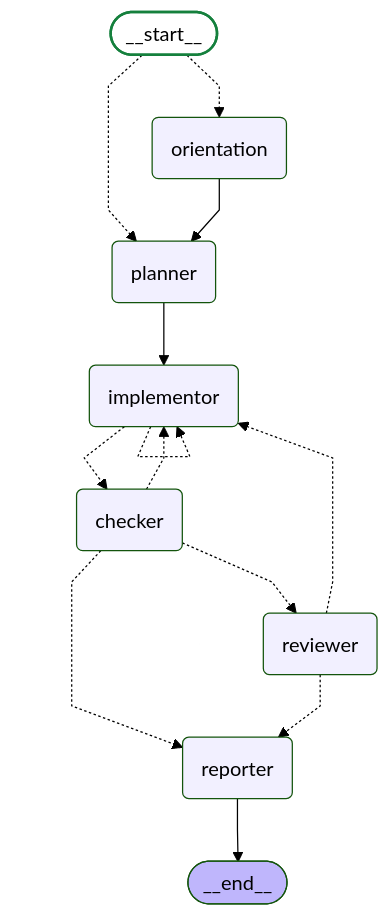
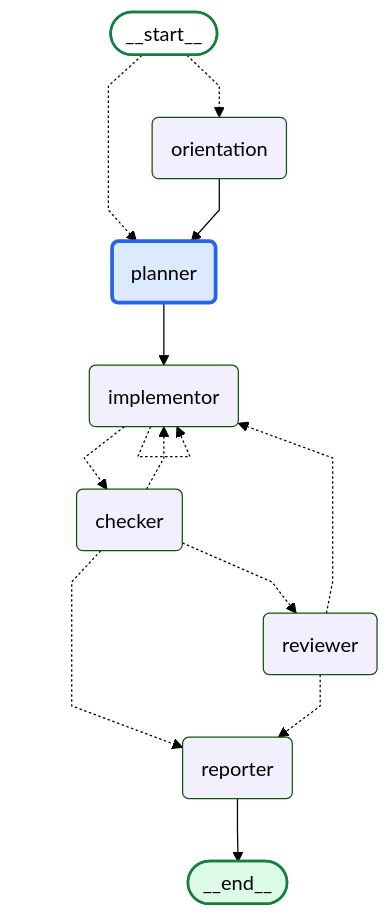
One commit to daniell0gda/hermes-feature-check-dashboard changed the diagram in runs/20260811-100222-4d4f80/graph.mmd. Above: the diagram before and after it, drawn with Mermaid (forest theme). The commit also changed 11 other files, not shown here.

```diff
--- a/runs/20260811-100222-4d4f80/graph.mmd
+++ b/runs/20260811-100222-4d4f80/graph.mmd
@@ -1,34 +1,36 @@
 ---
 config:
   flowchart:
     curve: linear
 ---
 graph TD;
 	__start__([<p>__start__</p>]):::first
 	orientation(orientation)
 	planner(planner)
 	implementor(implementor)
 	checker(checker)
 	reviewer(reviewer)
 	reporter(reporter)
 	__end__([<p>__end__</p>]):::last
 	__start__ -.-> orientation;
 	__start__ -.-> planner;
 	checker -.-> implementor;
 	checker -.-> reporter;
 	checker -.-> reviewer;
 	implementor -.-> checker;
 	orientation --> planner;
 	planner --> implementor;
 	reviewer -.-> implementor;
 	reviewer -.-> reporter;
 	reporter --> __end__;
 	implementor -.-> implementor;
 	classDef default fill:#f2f0ff,line-height:1.2
 	classDef first fill-opacity:0
 	classDef last fill:#bfb6fc
 
 classDef done fill:#dcfce7,stroke:#15803d,stroke-width:2px;
 classDef active fill:#dbeafe,stroke:#2563eb,stroke-width:3px;
 classDef failed fill:#fee2e2,stroke:#b42318,stroke-width:2px;
+class planner active;
 class __start__ done;
+class __end__ done;
```
